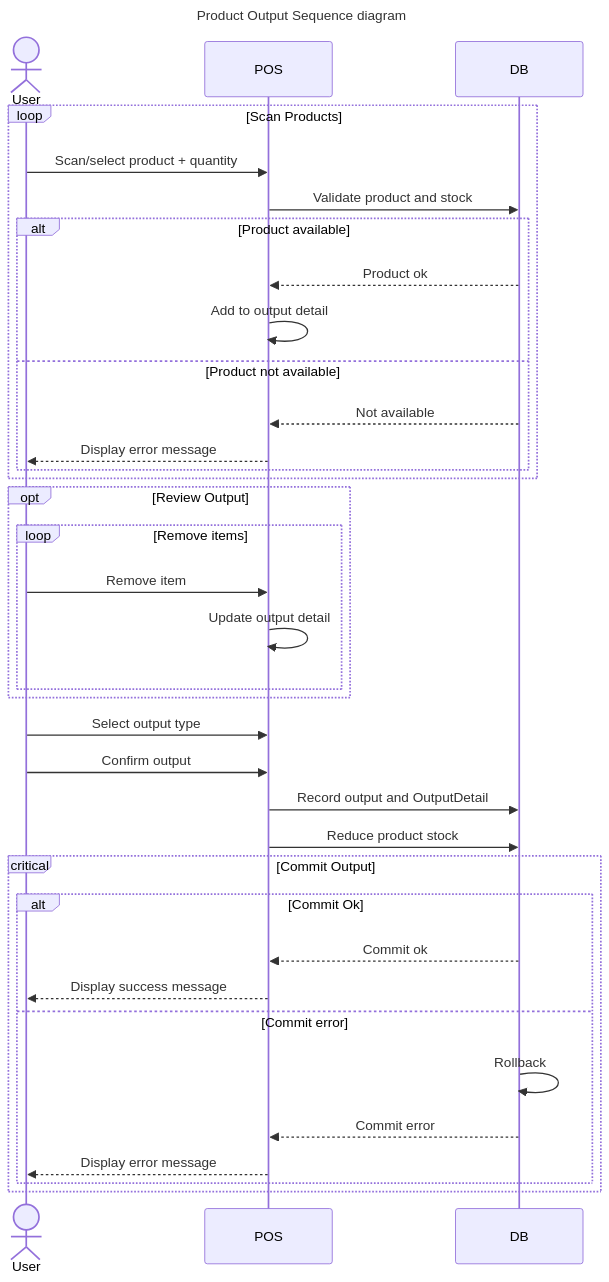
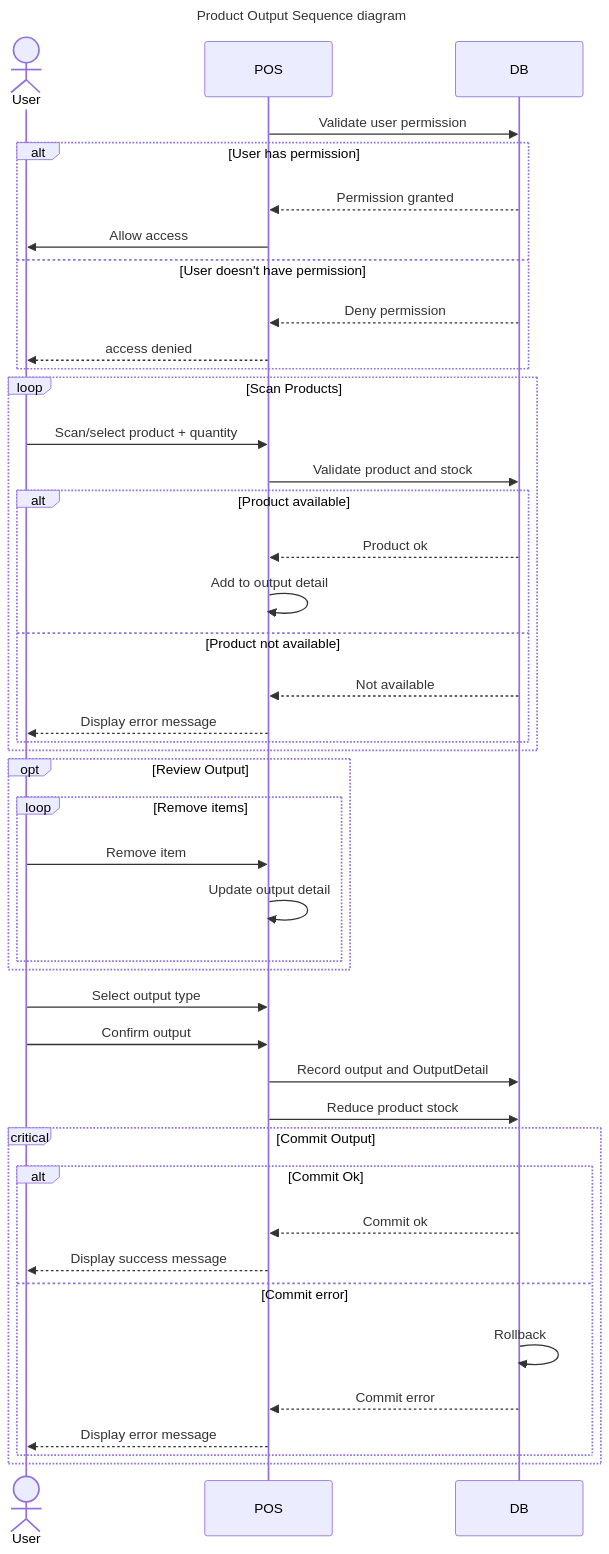
One commit to SoyDavidJoan/Sugar_free_POS changed the fifth of 6 diagrams in Docs/04_Desing.md. Above: the diagram before and after it, drawn with Mermaid. The commit also changed other lines of this file and 3 other files, not shown here.

Commit message:
docs: add user permission validation to existing diagrams

````diff
--- a/Docs/04_Desing.md
+++ b/Docs/04_Desing.md
@@ -310,40 +325,48 @@
 ```mermaid
 ---
 title: Product Output Sequence diagram
 ---
 sequenceDiagram
   actor User as User
   participant POS as POS
   participant DB as DB
+  POS ->> DB: Validate user permission
+  alt User has permission
+    DB -->> POS: Permission granted
+    POS ->> User: Allow access
+  else User doesn't have permission
+    DB -->> POS: Deny permission
+    POS -->> User: access denied
+  end
   loop Scan Products
     User ->> POS: Scan/select product + quantity
     POS ->> DB: Validate product and stock
     alt Product available
       DB -->> POS: Product ok
       POS ->> POS: Add to output detail
     else Product not available
       DB -->> POS: Not available
       POS -->> User: Display error message
     end
   end
   opt Review Output
     loop Remove items
       User ->> POS: Remove item
       POS ->> POS: Update output detail
     end
   end
   User ->> POS: Select output type
   User ->> POS: Confirm output
   POS ->> DB: Record output and OutputDetail
   POS ->> DB: Reduce product stock
   critical Commit Output 
     alt Commit Ok
       DB -->> POS: Commit ok
       POS -->> User: Display success message
     else Commit error
       DB ->> DB: Rollback
       DB -->> POS: Commit error
       POS -->> User: Display error message
     end
   end
 ```
````
